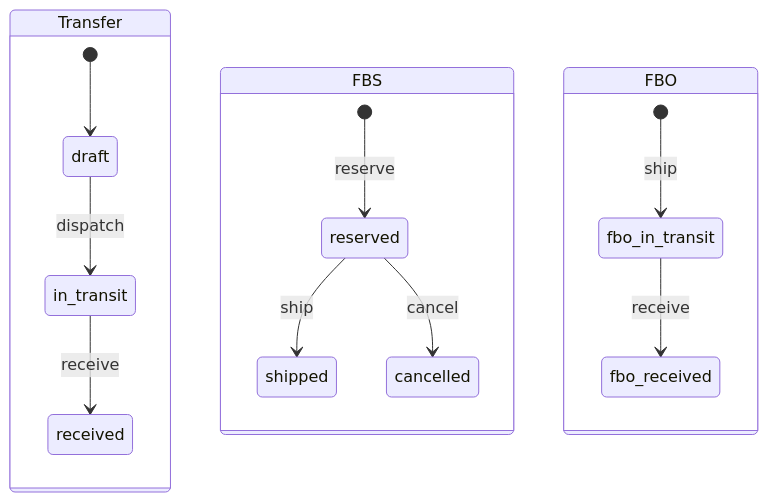
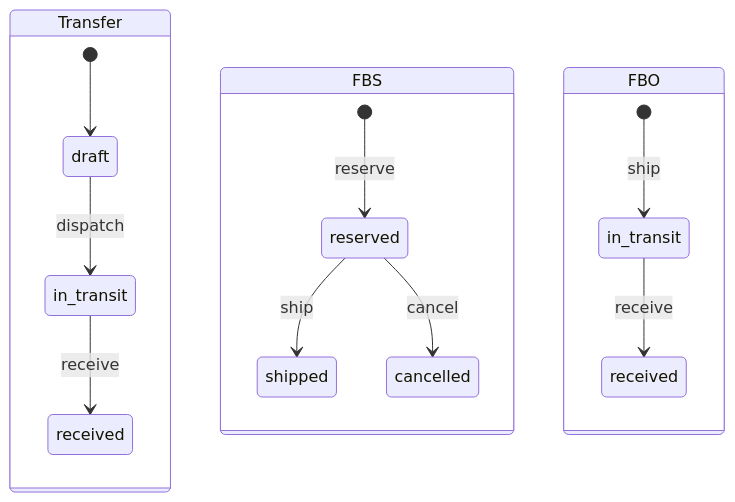
Before and after one commit to vladicem0/CheckStock: the diagram in docs/DECISIONS.md, drawn with Mermaid. The commit also changed other lines of this file and 7 other files, not shown here.

````diff
--- a/docs/DECISIONS.md
+++ b/docs/DECISIONS.md
@@ -11,17 +11,19 @@
 ```mermaid
 stateDiagram-v2
     state Transfer {
         [*] --> draft
         draft --> in_transit: dispatch
         in_transit --> received: receive
     }
     state FBS {
         [*] --> reserved: reserve
         reserved --> shipped: ship
         reserved --> cancelled: cancel
     }
     state FBO {
+        state "in_transit" as fbo_in_transit
+        state "received" as fbo_received
         [*] --> fbo_in_transit: ship
         fbo_in_transit --> fbo_received: receive
     }
 ```
````
